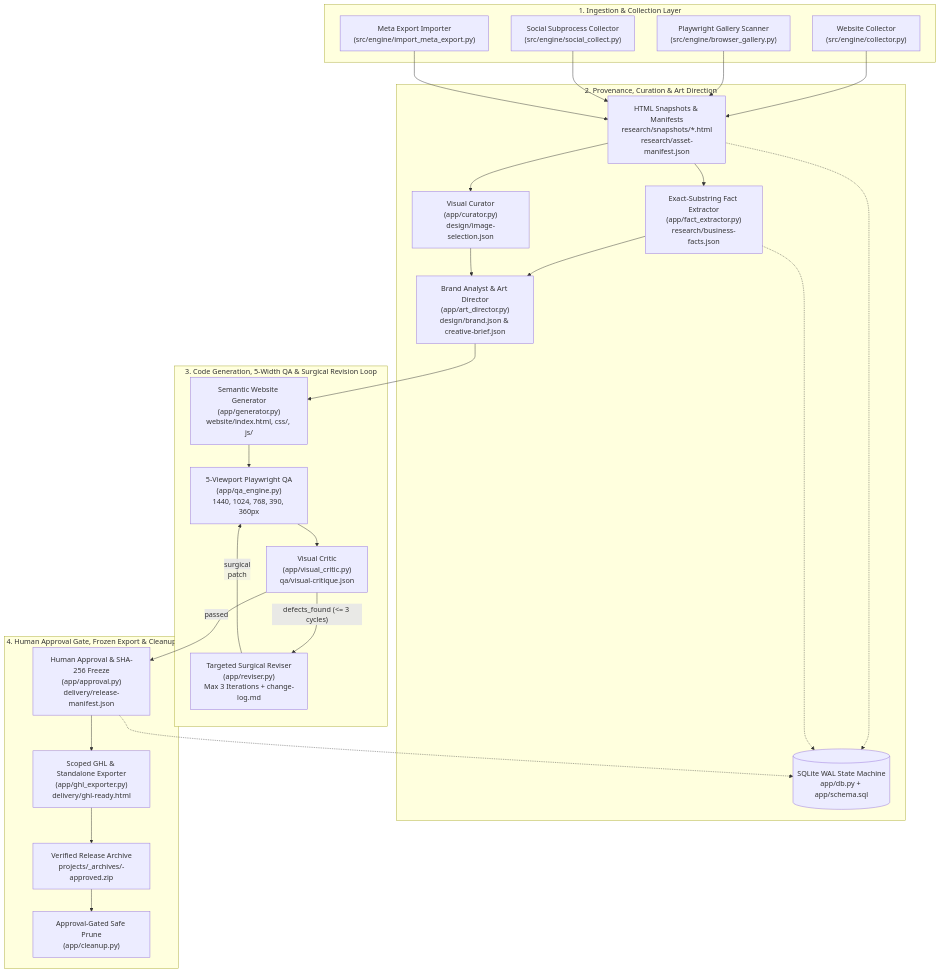
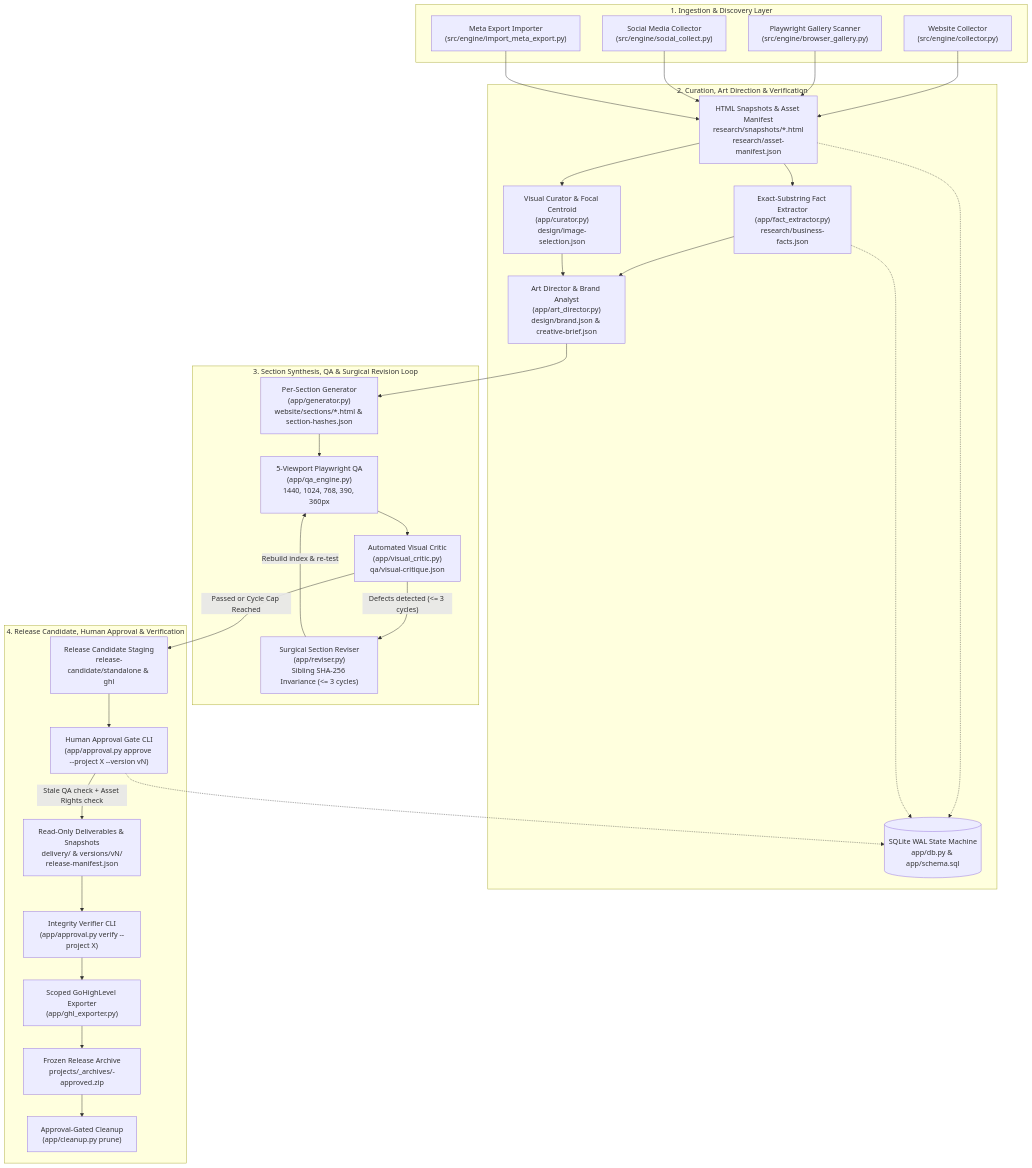
Before and after one commit to rashidtesting8-ops/pet-gromming-agent-factory: the first of 3 diagrams in README.md, drawn with Mermaid. The commit also changed other lines of this file, not shown here.

Commit message:
docs: update README with hardened LLM adapter, approval flow, and test suite matrix

````diff
--- a/README.md
+++ b/README.md
@@ -88,52 +88,59 @@
 ```mermaid
 flowchart TB
-    subgraph Intake["1. Ingestion & Collection Layer"]
+    subgraph Intake["1. Ingestion & Discovery Layer"]
         WC["Website Collector<br/>(src/engine/collector.py)"]
         BG["Playwright Gallery Scanner<br/>(src/engine/browser_gallery.py)"]
-        SC["Social Subprocess Collector<br/>(src/engine/social_collect.py)"]
+        SC["Social Media Collector<br/>(src/engine/social_collect.py)"]
         ME["Meta Export Importer<br/>(src/engine/import_meta_export.py)"]
     end
 
-    subgraph Intelligence["2. Provenance, Curation & Art Direction"]
-        SNAP["HTML Snapshots & Manifests<br/>research/snapshots/*.html<br/>research/asset-manifest.json"]
+    subgraph Intelligence["2. Curation, Art Direction & Verification"]
+        SNAP["HTML Snapshots & Asset Manifest<br/>research/snapshots/*.html<br/>research/asset-manifest.json"]
         FE["Exact-Substring Fact Extractor<br/>(app/fact_extractor.py)<br/>research/business-facts.json"]
-        CUR["Visual Curator<br/>(app/curator.py)<br/>design/image-selection.json"]
-        ART["Brand Analyst & Art Director<br/>(app/art_director.py)<br/>design/brand.json & creative-brief.json"]
-        DB[("SQLite WAL State Machine<br/>app/db.py + app/schema.sql")]
+        CUR["Visual Curator & Focal Centroid<br/>(app/curator.py)<br/>design/image-selection.json"]
+        ART["Art Director & Brand Analyst<br/>(app/art_director.py)<br/>design/brand.json & creative-brief.json"]
+        DB[("SQLite WAL State Machine<br/>app/db.py & app/schema.sql")]
     end
 
-    subgraph Synthesis["3. Code Generation, 5-Width QA & Surgical Revision Loop"]
-        GEN["Semantic Website Generator<br/>(app/generator.py)<br/>website/index.html, css/, js/"]
+    subgraph Synthesis["3. Section Synthesis, QA & Surgical Revision Loop"]
+        GEN["Per-Section Generator<br/>(app/generator.py)<br/>website/sections/*.html & section-hashes.json"]
         QA["5-Viewport Playwright QA<br/>(app/qa_engine.py)<br/>1440, 1024, 768, 390, 360px"]
-        VC["Visual Critic<br/>(app/visual_critic.py)<br/>qa/visual-critique.json"]
-        REV["Targeted Surgical Reviser<br/>(app/reviser.py)<br/>Max 3 Iterations + change-log.md"]
+        VC["Automated Visual Critic<br/>(app/visual_critic.py)<br/>qa/visual-critique.json"]
+        REV["Surgical Section Reviser<br/>(app/reviser.py)<br/>Sibling SHA-256 Invariance (<= 3 cycles)"]
     end
 
-    subgraph Release["4. Human Approval Gate, Frozen Export & Cleanup"]
-        APP["Human Approval & SHA-256 Freeze<br/>(app/approval.py)<br/>delivery/release-manifest.json"]
-        GHL["Scoped GHL & Standalone Exporter<br/>(app/ghl_exporter.py)<br/>delivery/ghl-ready.html"]
-        ZIP["Verified Release Archive<br/>projects/_archives/<id>-approved.zip"]
-        PRN["Approval-Gated Safe Prune<br/>(app/cleanup.py)"]
+    subgraph GatedRelease["4. Release Candidate, Human Approval & Verification"]
+        RC["Release Candidate Staging<br/>release-candidate/standalone & ghl"]
+        APP["Human Approval Gate CLI<br/>(app/approval.py approve --project X --version vN)"]
+        VER["Integrity Verifier CLI<br/>(app/approval.py verify --project X)"]
+        DELIV["Read-Only Deliverables & Snapshots<br/>delivery/ & versions/vN/<br/>release-manifest.json"]
+        EXP["Scoped GoHighLevel Exporter<br/>(app/ghl_exporter.py)"]
+        ZIP["Frozen Release Archive<br/>projects/_archives/<id>-approved.zip"]
+        PRN["Approval-Gated Cleanup<br/>(app/cleanup.py prune)"]
     end
 
     WC --> SNAP
     BG --> SNAP
     SC --> SNAP
     ME --> SNAP
     SNAP --> FE
     SNAP --> CUR
     FE --> ART
     CUR --> ART
     ART --> GEN
     GEN --> QA
     QA --> VC
-    VC -- "defects_found (<= 3 cycles)" --> REV
-    REV -- "surgical <section> patch" --> QA
-    VC -- "passed" --> APP
-    APP --> GHL
-    GHL --> ZIP
+    VC -- "Defects detected (<= 3 cycles)" --> REV
+    REV -- "Rebuild index & re-test" --> QA
+    VC -- "Passed or Cycle Cap Reached" --> RC
+    RC --> APP
+    APP -- "Stale QA check + Asset Rights check" --> DELIV
+    DELIV --> VER
+    VER --> EXP
+    EXP --> ZIP
     ZIP --> PRN
+
     SNAP -.-> DB
     FE -.-> DB
     APP -.-> DB
 ```
````
